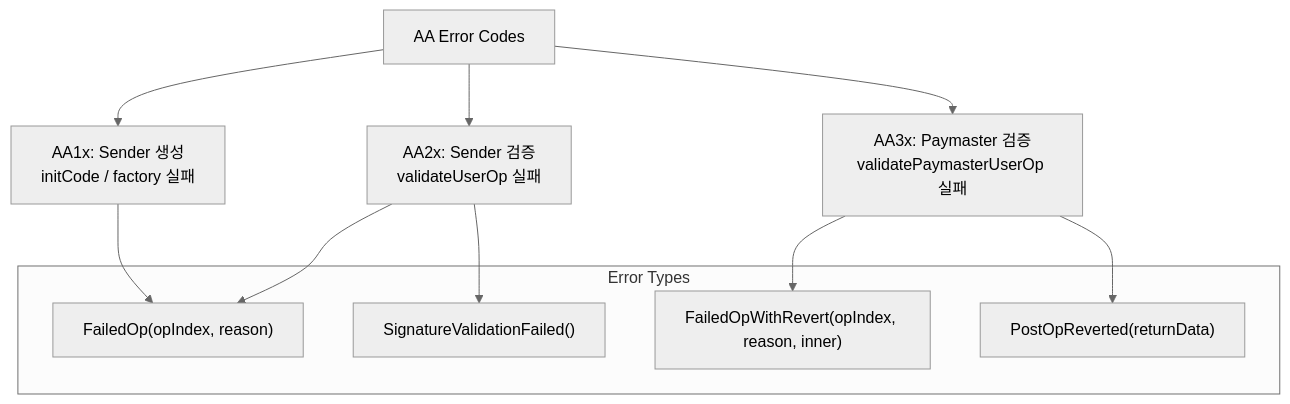
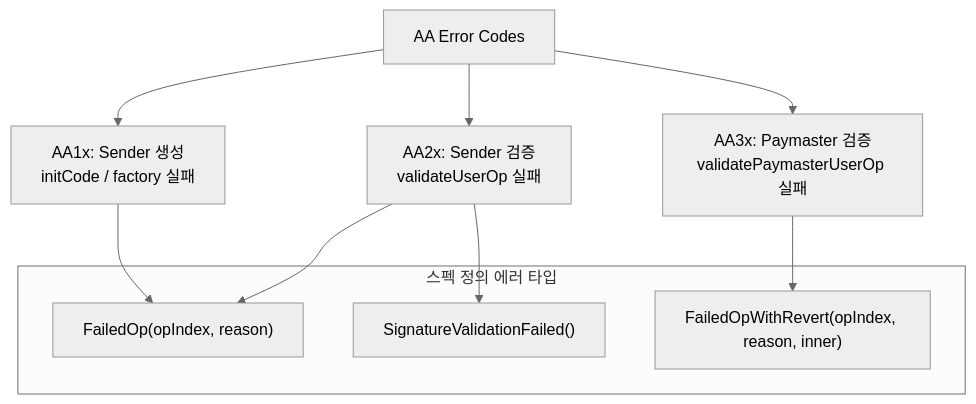
One commit to onlyhyde/stable-platform changed diagram 13 of 22 in docs/claude/spec/EIP-4337_스펙표준_정리.md. Above: the diagram before and after it, drawn with Mermaid (neutral theme). The commit also changed other lines of this file and 1 other file, not shown here.

````diff
--- a/docs/claude/spec/EIP-4337_스펙표준_정리.md
+++ b/docs/claude/spec/EIP-4337_스펙표준_정리.md
@@ -612,21 +632,19 @@
 ```mermaid
 flowchart TB
     ERR[AA Error Codes]
 
     ERR --> AA1["AA1x: Sender 생성<br/>initCode / factory 실패"]
     ERR --> AA2["AA2x: Sender 검증<br/>validateUserOp 실패"]
     ERR --> AA3["AA3x: Paymaster 검증<br/>validatePaymasterUserOp 실패"]
 
-    subgraph Error Types
+    subgraph Error Types ["스펙 정의 에러 타입"]
         E1["FailedOp(opIndex, reason)"]
         E2["FailedOpWithRevert(opIndex, reason, inner)"]
-        E3["PostOpReverted(returnData)"]
         E4["SignatureValidationFailed()"]
     end
 
     AA1 --> E1
     AA2 --> E1
     AA2 --> E4
     AA3 --> E2
-    AA3 --> E3
 ```
````
